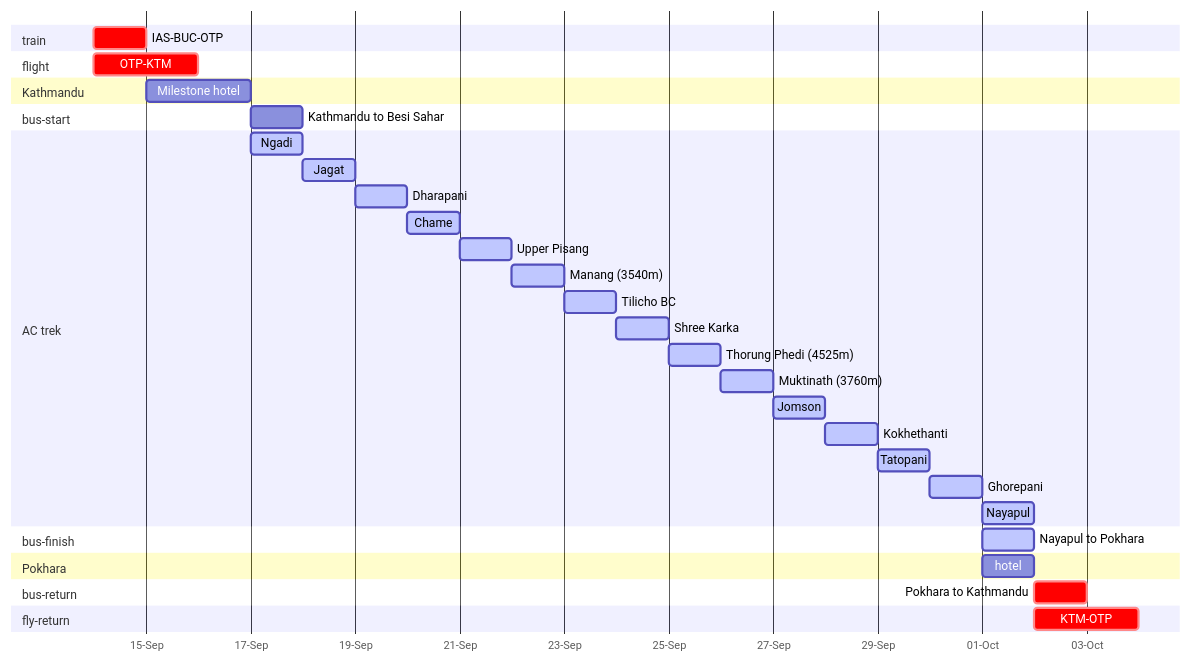
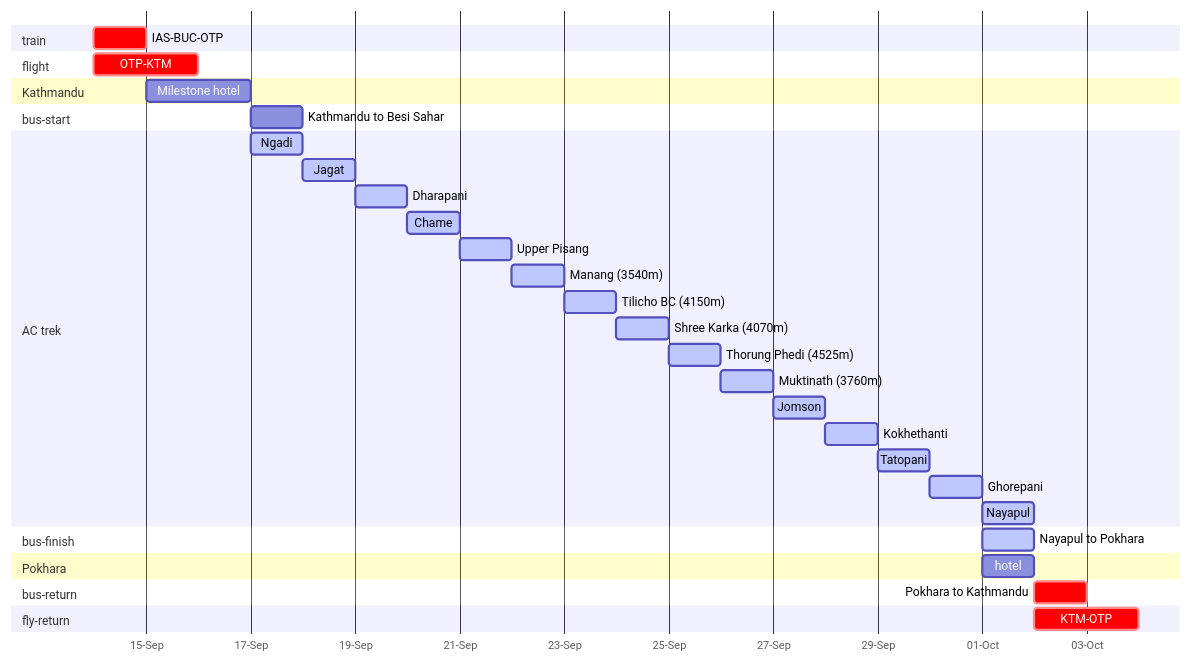
One commit to icostan/blog.costan.ro changed the diagram in content/post/2022-07-28-annapurna-circuit-plan.org. Above: the diagram before and after it, drawn with Mermaid. The commit also changed other lines of this file and 2 other files, not shown here.

```diff
--- a/content/post/2022-07-28-annapurna-circuit-plan.org
+++ b/content/post/2022-07-28-annapurna-circuit-plan.org
@@ -9,46 +9,46 @@
 #+begin_src mermaid :exports none :file annapurna.png
   gantt
      dateFormat YYY-MM-DD
      axisFormat %d-%b
 
      section train
      IAS-BUC-OTP :crit, 2022-09-14, 1d
 
      section flight
      OTP-KTM :crit, 2022-09-14, 2d
 
      section Kathmandu
      Milestone hotel :hotel, 2022-09-15, 2d
 
      section bus-start
      Kathmandu to Besi Sahar :bus, 2022-09-17, 1d
 
      section AC trek
      Ngadi :active, day1, 2022-09-17, 1d
      Jagat :active, day2, after day1, 1d
      Dharapani :active, day3, after day2, 1d
      Chame :active, day4, after day3, 1d
      Upper Pisang :active, day5, after day4, 1d
      Manang (3540m) :active, day6, after day5, 1d
-     Tilicho BC :active, day7, after day6, 1d
-     Shree Karka :active, day8, after day7, 1d
+     Tilicho BC (4150m) :active, day7, after day6, 1d
+     Shree Karka (4070m) :active, day8, after day7, 1d
      Thorung Phedi (4525m) :active, day9, after day8, 1d
      Muktinath (3760m) :active, day10, after day9, 1d
      Jomson :active, day11, after day10, 1d
      Kokhethanti :active, day12, after day11, 1d
      Tatopani :active, day13, after day12, 1d
      Ghorepani :active, day14, after day13, 1d
      Nayapul :active, day15, after day14, 1d
 
      section bus-finish
      Nayapul to Pokhara :active, bus, after day14, 1d
 
      section Pokhara
      hotel :hotel, 2022-10-01, 1d
 
      section bus-return
      Pokhara to Kathmandu :crit, 2022-10-02, 1d
 
      section fly-return
      KTM-OTP :crit, 2022-10-02, 2d
 #+end_src
```
